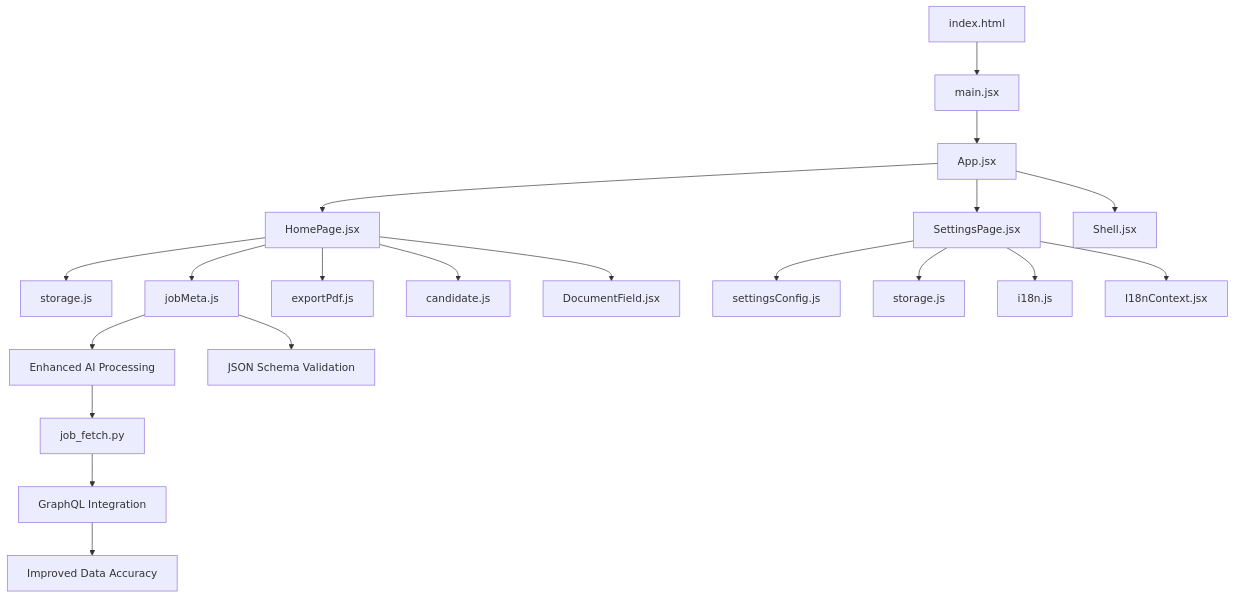
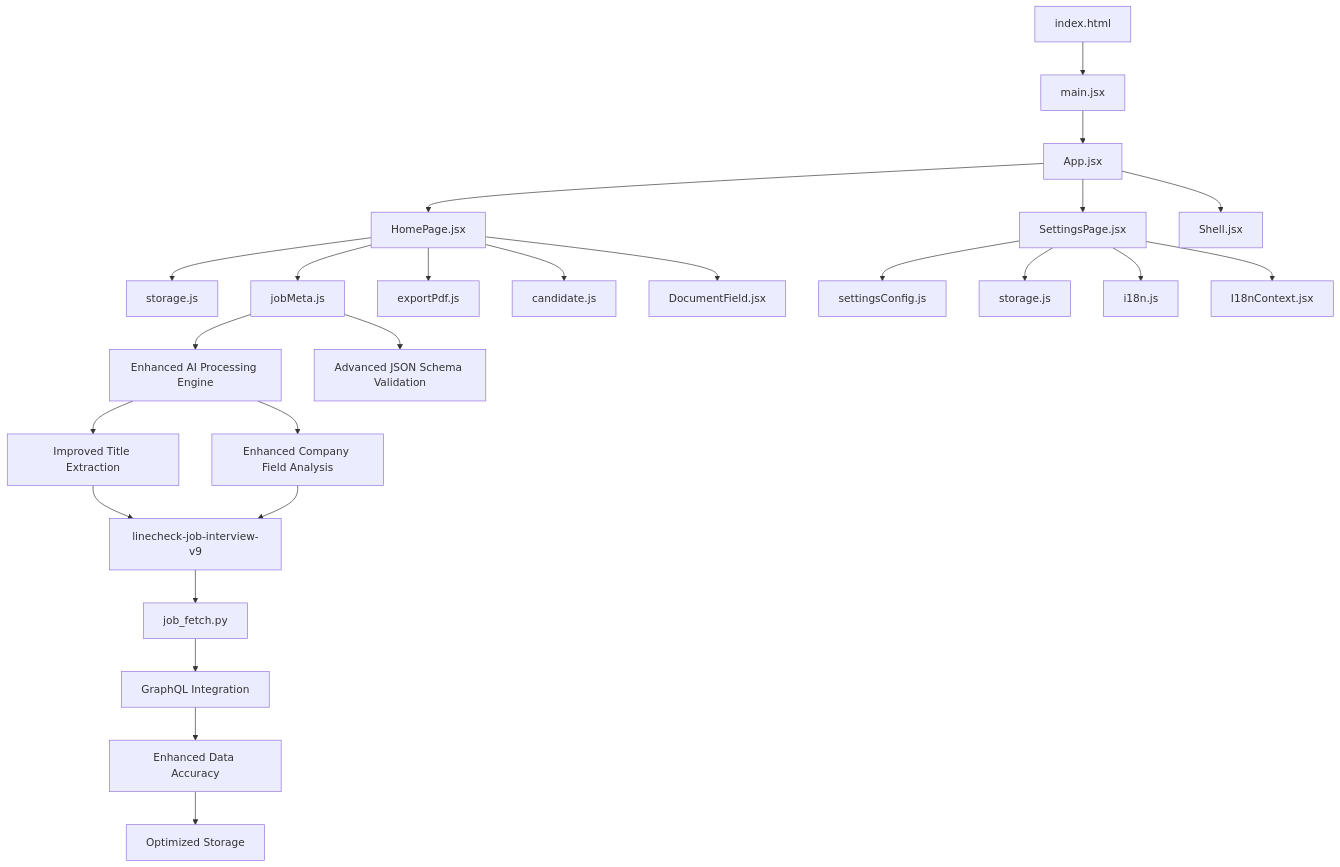
One commit to zmyeo54/briefroom changed the first of 12 diagrams in .qoder/repowiki/en/content/Core Features/Job Application Management.md. Above: the diagram before and after it, drawn with Mermaid. The commit also changed other lines of this file and 37 other files, not shown here.

First line of the commit message:
feat(job-application): enhance job metadata extraction and processing capabilities

````diff
--- a/.qoder/repowiki/en/content/Core Features/Job Application Management.md
+++ b/.qoder/repowiki/en/content/Core Features/Job Application Management.md
@@ -55,22 +57,27 @@
 ```mermaid
 graph TB
 A["index.html"] --> B["main.jsx"]
 B --> C["App.jsx"]
 C --> D["HomePage.jsx"]
 C --> E["SettingsPage.jsx"]
 C --> F["Shell.jsx"]
 D --> G["storage.js"]
 D --> H["jobMeta.js"]
 D --> I["exportPdf.js"]
 E --> J["settingsConfig.js"]
 E --> K["storage.js"]
 D --> L["candidate.js"]
 E --> M["i18n.js"]
 E --> N["I18nContext.jsx"]
 D --> O["DocumentField.jsx"]
-H --> P["Enhanced AI Processing"]
-H --> Q["JSON Schema Validation"]
-P --> R["job_fetch.py"]
-R --> S["GraphQL Integration"]
-S --> T["Improved Data Accuracy"]
+H --> P["Enhanced AI Processing Engine"]
+H --> Q["Advanced JSON Schema Validation"]
+P --> R["Improved Title Extraction"]
+P --> S["Enhanced Company Field Analysis"]
+R --> T["linecheck-job-interview-v9"]
+S --> T
+T --> U["job_fetch.py"]
+U --> V["GraphQL Integration"]
+V --> W["Enhanced Data Accuracy"]
+W --> X["Optimized Storage"]
 ```
````
